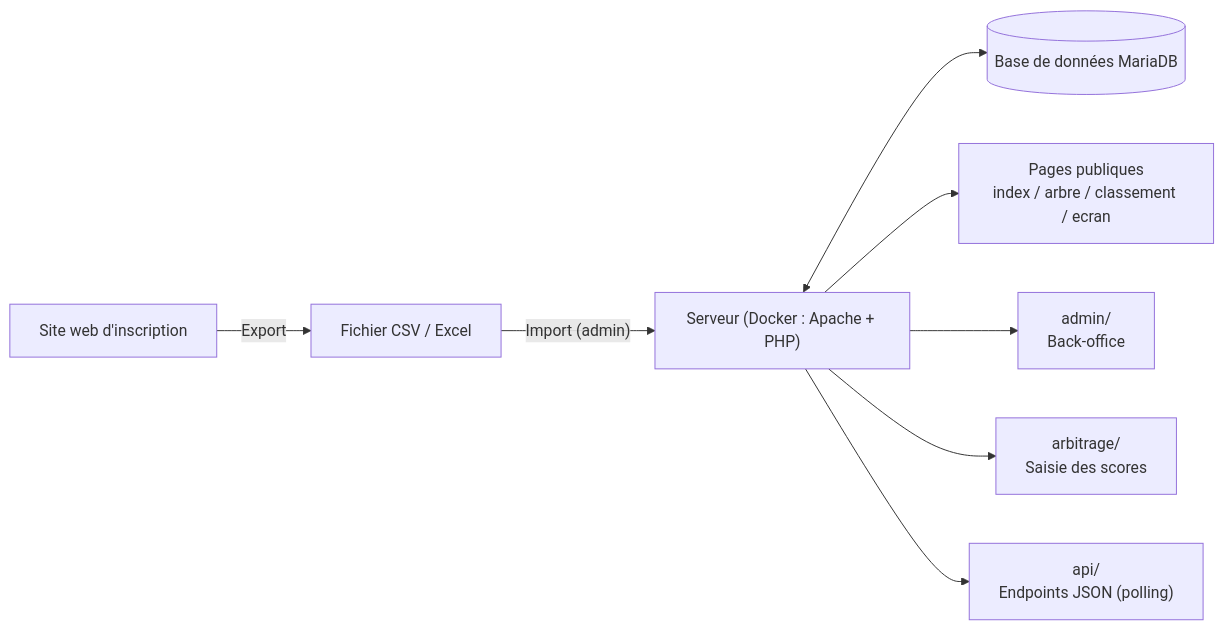
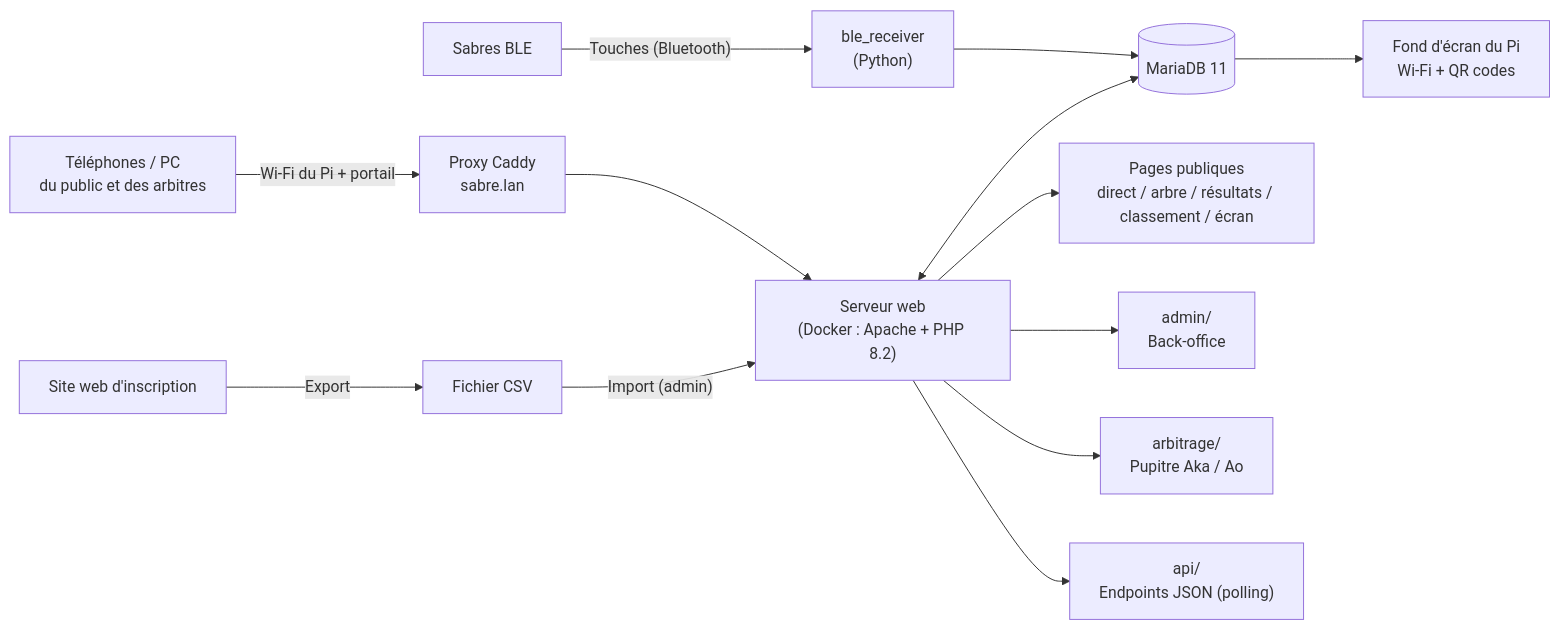
The first of 2 diagrams in Cahier_des_charges.md (CFPT-AWEB-PH/2026-27_I.DA-P3B_LuTo), drawn with Mermaid before and after one commit. The commit also changed other lines of this file, not shown here.

````diff
--- a/Cahier_des_charges.md
+++ b/Cahier_des_charges.md
@@ -104,10 +148,15 @@
 ```mermaid
 flowchart LR
-    A["Site web d'inscription"] -->|Export| B["Fichier CSV / Excel"]
-    B -->|"Import (admin)"| D["Serveur (Docker : Apache + PHP)"]
-    D <--> E[("Base de données MariaDB")]
-    D --> F["Pages publiques<br/>index / arbre / classement / ecran"]
+    A["Site web d'inscription"] -->|Export| B["Fichier CSV"]
+    B -->|"Import (admin)"| D["Serveur web<br/>(Docker : Apache + PHP 8.2)"]
+    D <--> E[("MariaDB 11")]
+    S["Sabres BLE"] -->|"Touches (Bluetooth)"| R["ble_receiver<br/>(Python)"]
+    R --> E
+    T["Téléphones / PC<br/>du public et des arbitres"] -->|"Wi-Fi du Pi + portail"| P["Proxy Caddy<br/>sabre.lan"]
+    P --> D
+    D --> F["Pages publiques<br/>direct / arbre / résultats / classement / écran"]
     D --> G["admin/<br/>Back-office"]
-    D --> H["arbitrage/<br/>Saisie des scores"]
+    D --> H["arbitrage/<br/>Pupitre Aka / Ao"]
     D --> I["api/<br/>Endpoints JSON (polling)"]
+    E --> W["Fond d'écran du Pi<br/>Wi-Fi + QR codes"]
 ```
````
